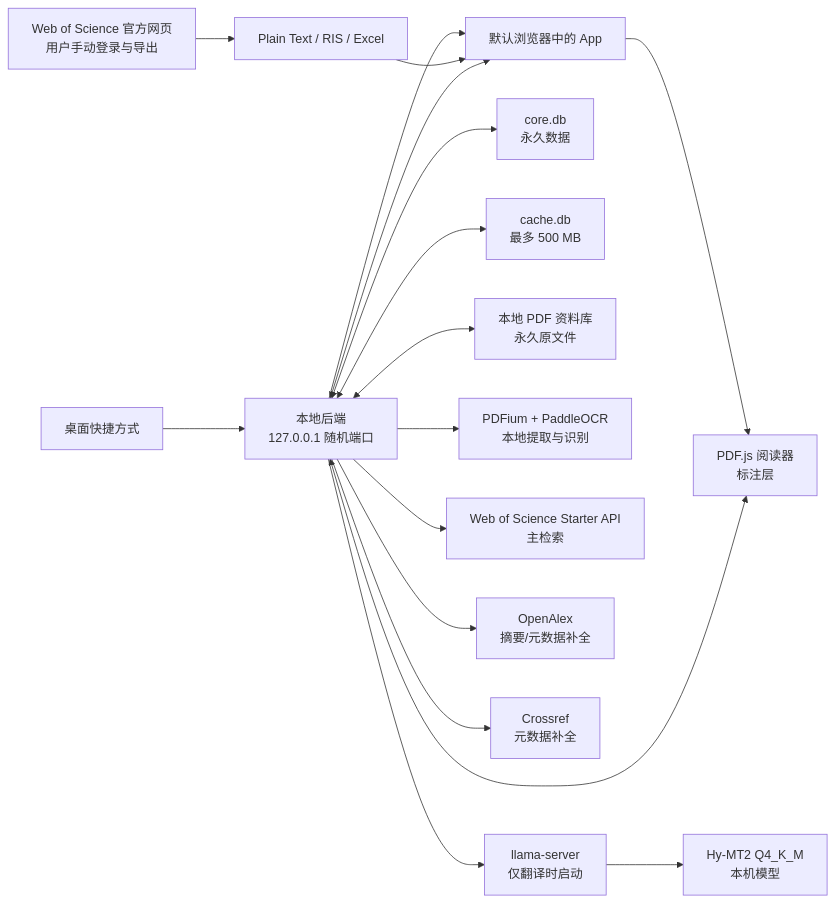
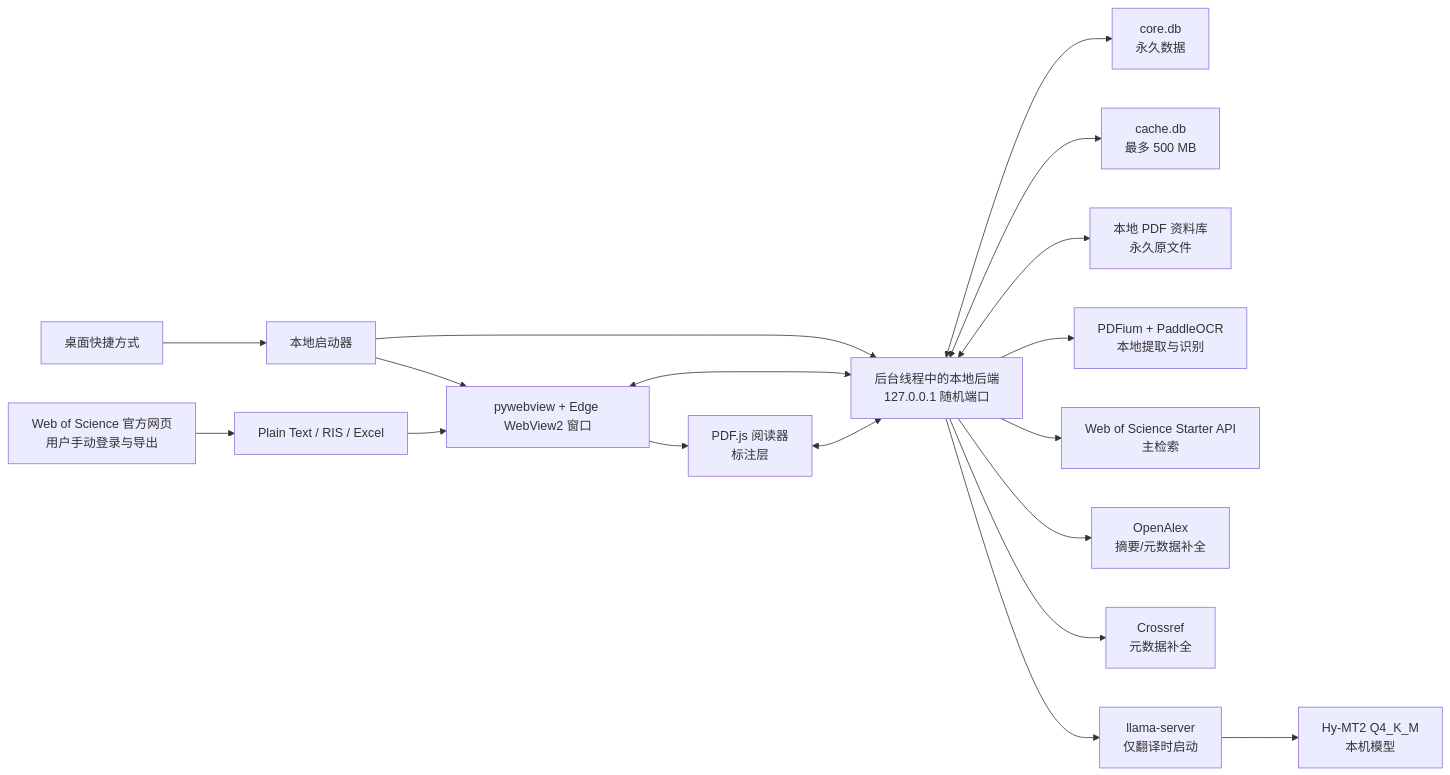
The first of 2 diagrams in TECHNICAL_DESIGN.md (lalliertalcott147-code/reference-management-app), drawn with Mermaid before and after one commit. The commit also changed other lines of this file and 19 other files, not shown here.

Commit message:
Add standalone WebView2 desktop window

````diff
--- a/TECHNICAL_DESIGN.md
+++ b/TECHNICAL_DESIGN.md
@@ -29,19 +29,20 @@
 ```mermaid
 flowchart LR
-    Shortcut["桌面快捷方式"] --> Backend["本地后端\n127.0.0.1 随机端口"]
-    Backend --> Browser["默认浏览器中的 App"]
-    Browser <--> Backend
+    Shortcut["桌面快捷方式"] --> Launcher["本地启动器"]
+    Launcher --> Backend["后台线程中的本地后端\n127.0.0.1 随机端口"]
+    Launcher --> Desktop["pywebview + Edge WebView2 窗口"]
+    Desktop <--> Backend
     Backend <--> CoreDB["core.db\n永久数据"]
     Backend <--> CacheDB["cache.db\n最多 500 MB"]
     Backend <--> PdfStore["本地 PDF 资料库\n永久原文件"]
-    Browser --> PDFJS["PDF.js 阅读器\n标注层"]
+    Desktop --> PDFJS["PDF.js 阅读器\n标注层"]
     PDFJS <--> Backend
     Backend --> OCR["PDFium + PaddleOCR\n本地提取与识别"]
     Backend --> WOS["Web of Science Starter API\n主检索"]
     Backend --> OA["OpenAlex\n摘要/元数据补全"]
     Backend --> CR["Crossref\n元数据补全"]
     WoSUI["Web of Science 官方网页\n用户手动登录与导出"] --> Export["Plain Text / RIS / Excel"]
-    Export --> Browser
+    Export --> Desktop
     Backend --> Llama["llama-server\n仅翻译时启动"]
     Llama --> Model["Hy-MT2 Q4_K_M\n本机模型"]
 ```
````
